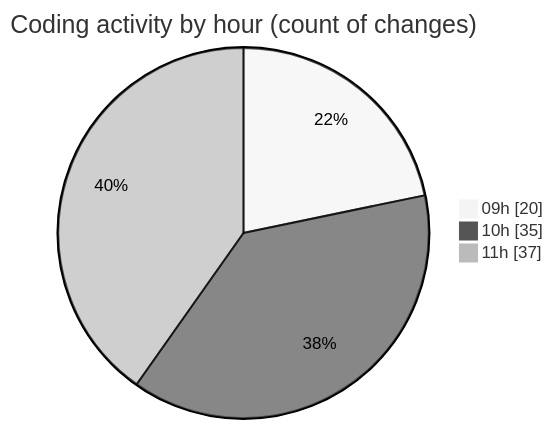
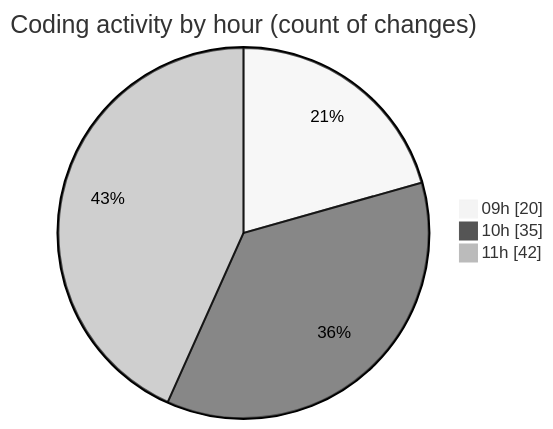
The second of 2 diagrams in 2025-06-10/ecodeli-1/README.md (CELIANVF/code-tracking), drawn with Mermaid (neutral theme) before and after one commit. The commit also changed other lines of this file and 1 other file, not shown here.

````diff
--- a/2025-06-10/ecodeli-1/README.md
+++ b/2025-06-10/ecodeli-1/README.md
@@ -64,7 +66,7 @@
 ```mermaid
 pie showData
 title Coding activity by hour (count of changes)
 "09h" : 20
 "10h" : 35
-"11h" : 37
+"11h" : 42
 ```
````
